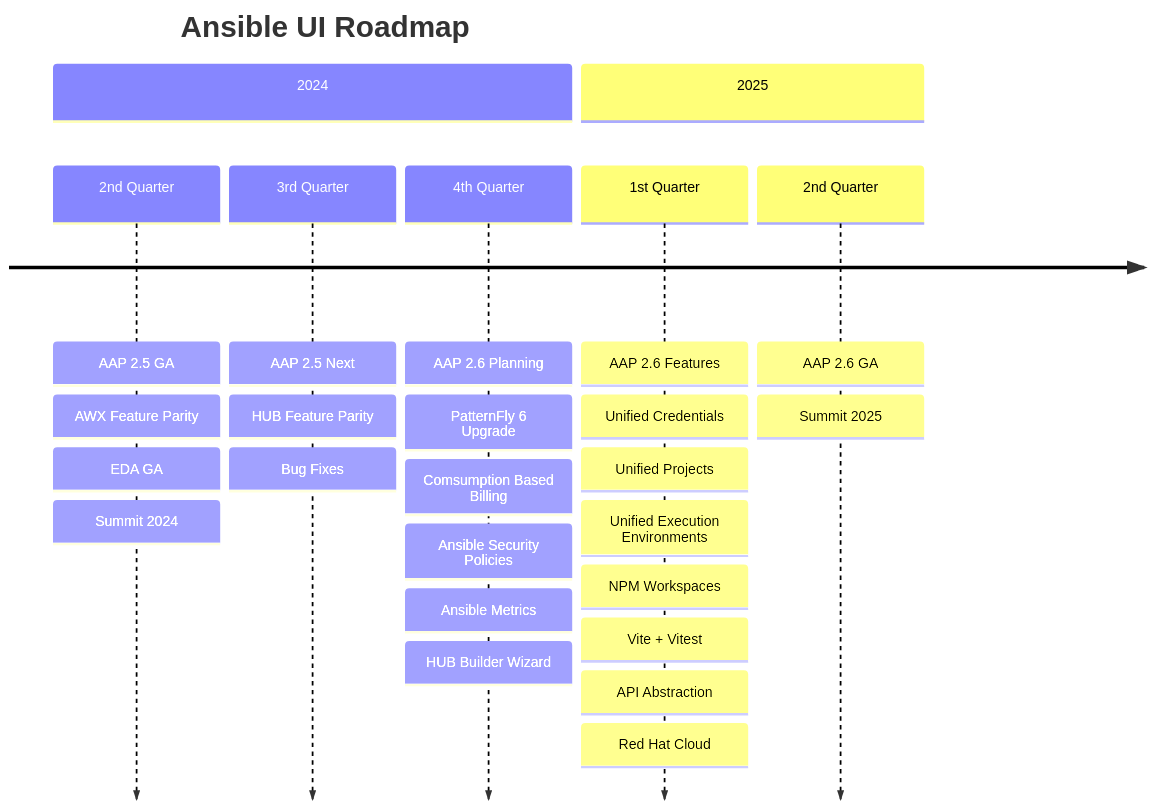
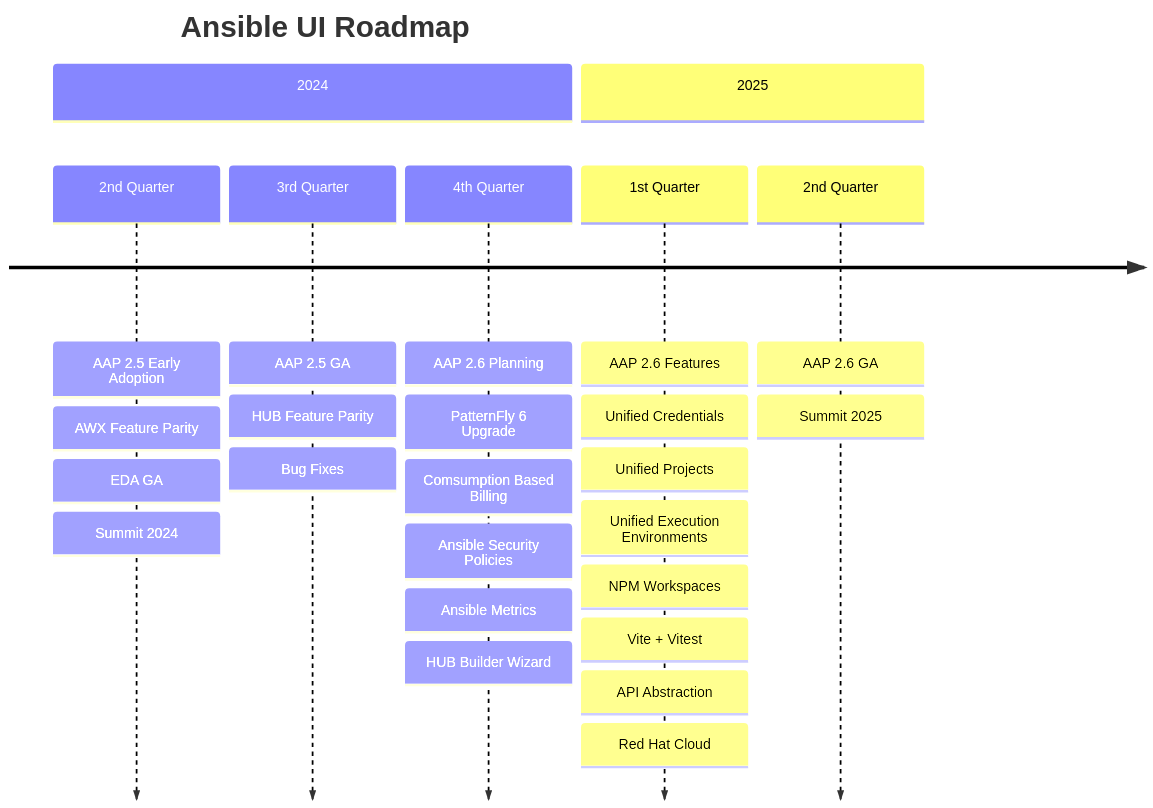
The diagram in platform/ROADMAP.md (ansible/ansible-ui), drawn with Mermaid before and after one commit.

````diff
--- a/platform/ROADMAP.md
+++ b/platform/ROADMAP.md
@@ -3,35 +3,35 @@
 ```mermaid
 timeline
   title Ansible UI Roadmap
   section 2024
     2nd Quarter
-      : AAP 2.5 GA
+      : AAP 2.5 Early Adoption
       : AWX Feature Parity
       : EDA GA
       : Summit 2024
     3rd Quarter
-      : AAP 2.5 Next
+      : AAP 2.5 GA
       : HUB Feature Parity
       : Bug Fixes
     4th Quarter
       : AAP 2.6 Planning
       : PatternFly 6 Upgrade
       : Comsumption Based Billing
       : Ansible Security Policies
       : Ansible Metrics
       : HUB Builder Wizard
   section 2025
     1st Quarter
       : AAP 2.6 Features
       : Unified Credentials
       : Unified Projects
       : Unified Execution Environments
       : NPM Workspaces
       : Vite + Vitest
       : API Abstraction
       : Red Hat Cloud
     2nd Quarter
       : AAP 2.6 GA
       : Summit 2025
 
 ```
````
